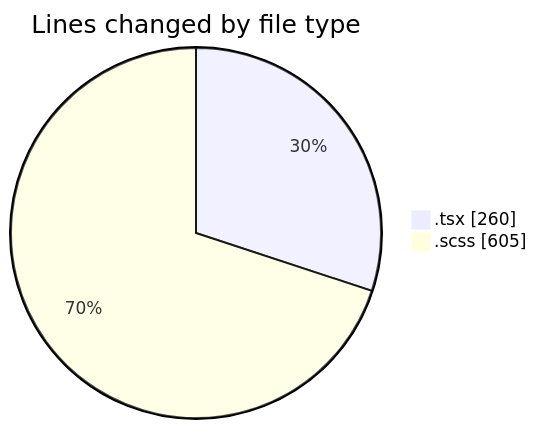
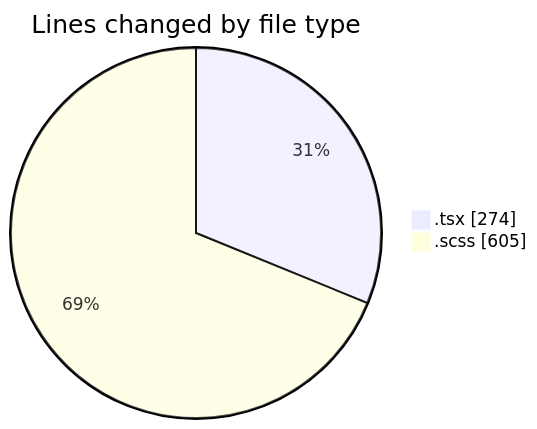
One commit to momahboobian/code-tracking changed the first of 2 diagrams in 2025-03-27/cda/README.md. Above: the diagram before and after it, drawn with Mermaid. The commit also changed other lines of this file and 1 other file, not shown here.

````diff
--- a/2025-03-27/cda/README.md
+++ b/2025-03-27/cda/README.md
@@ -21,6 +21,6 @@
 ```mermaid
 pie showData
 title Lines changed by file type
-".tsx" : 260
+".tsx" : 274
 ".scss" : 605
 ```
````
